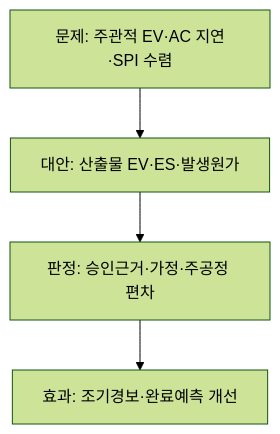
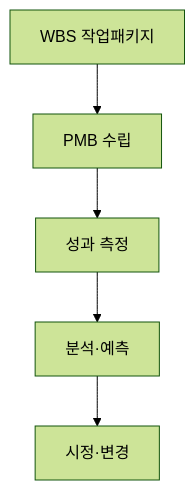
Before and after one commit to agnusdei1207/study: the second of 2 diagrams in src/content/docs/notes/itpe/01-it-strategy/032_evm.md, drawn with Mermaid (forest theme). The commit also changed other lines of this file and 19 other files, not shown here.

````diff
--- a/src/content/docs/notes/itpe/01-it-strategy/032_evm.md
+++ b/src/content/docs/notes/itpe/01-it-strategy/032_evm.md
@@ -99,6 +104,7 @@
 ```mermaid
 flowchart TD
-    A["문제: 주관적 EV·AC 지연·SPI 수렴"] --> B["대안: 산출물 EV·ES·발생원가"]
-    B --> C["판정: 승인근거·가정·주공정 편차"]
-    C --> D["효과: 조기경보·완료예측 개선"]
+    A["WBS 작업패키지"] --> B["PMB 수립"]
+    B --> C["성과 측정"]
+    C --> D["분석·예측"]
+    D --> E["시정·변경"]
 ```
````
